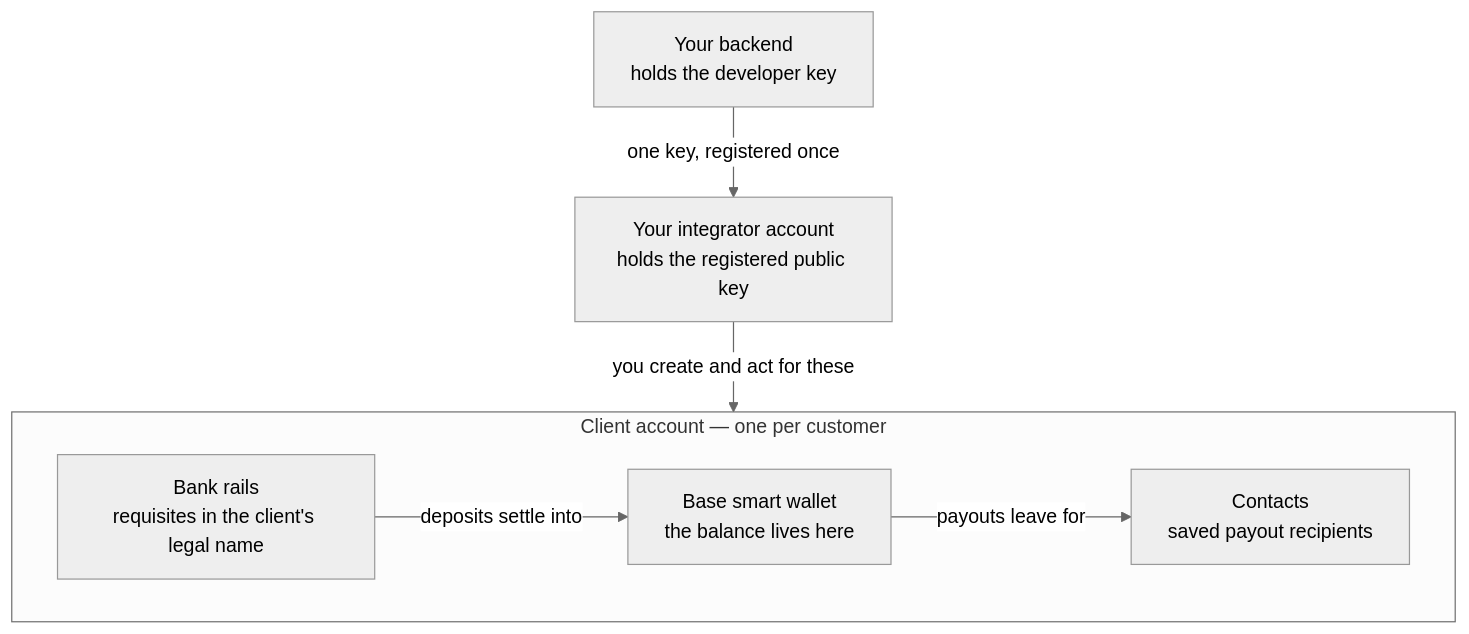
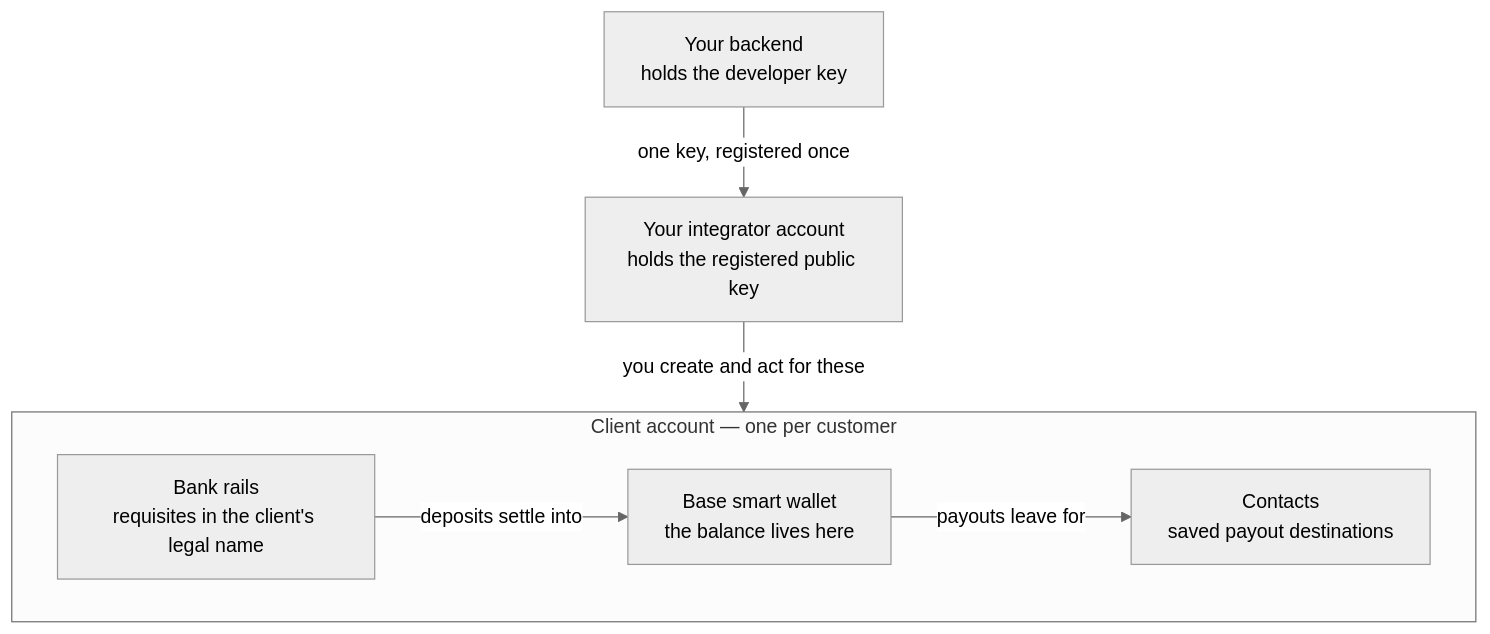
One commit to hevn-inc/docs changed the diagram in whitelabel/overview.mdx. Above: the diagram before and after it, drawn with Mermaid (neutral theme). The commit also changed other lines of this file and 37 other files, not shown here.

````diff
--- a/whitelabel/overview.mdx
+++ b/whitelabel/overview.mdx
@@ -9,14 +9,14 @@
 ```mermaid
 flowchart TB
     K["Your backend<br/>holds the developer key"]
     I["Your integrator account<br/>holds the registered public key"]
     K -->|"one key, registered once"| I
     I -->|"you create and act for these"| Wallet
     subgraph Wallet["Client account — one per customer"]
         W["Base smart wallet<br/>the balance lives here"]
         B["Bank rails<br/>requisites in the client's legal name"]
-        T["Contacts<br/>saved payout recipients"]
+        T["Contacts<br/>saved payout destinations"]
         B -->|"deposits settle into"| W
         W -->|"payouts leave for"| T
     end
 ```
````
